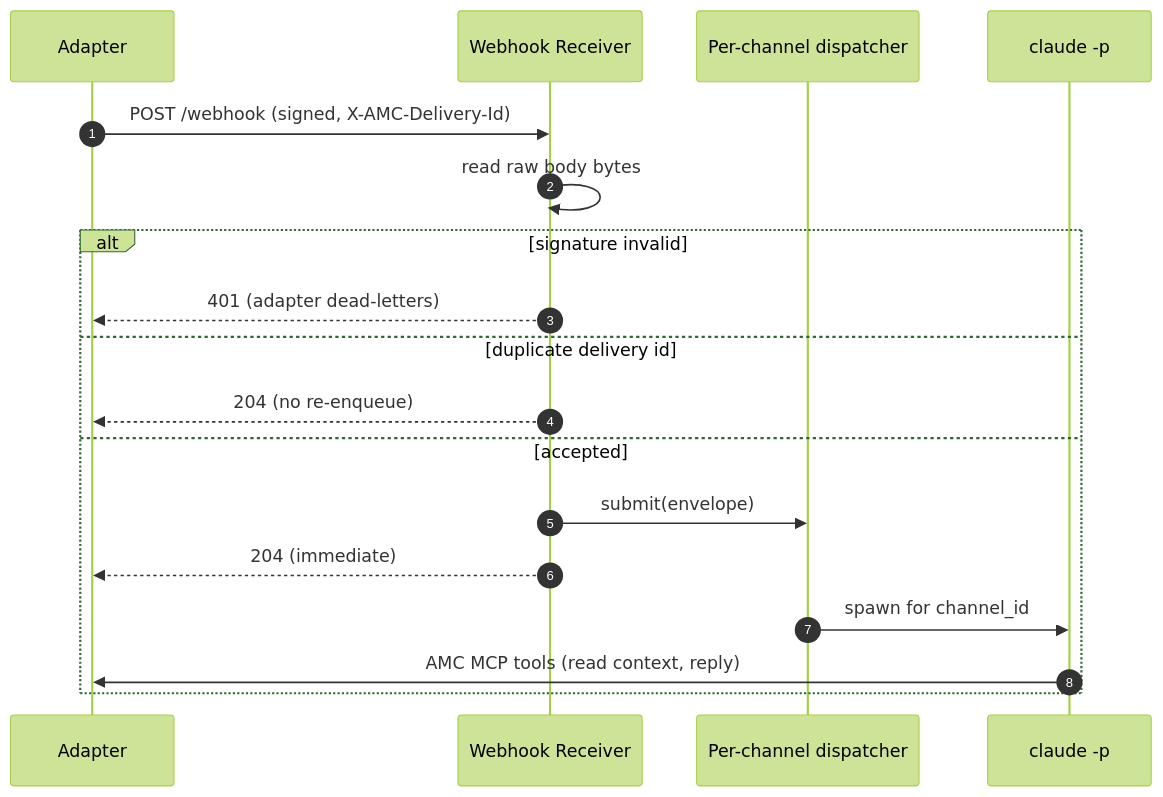
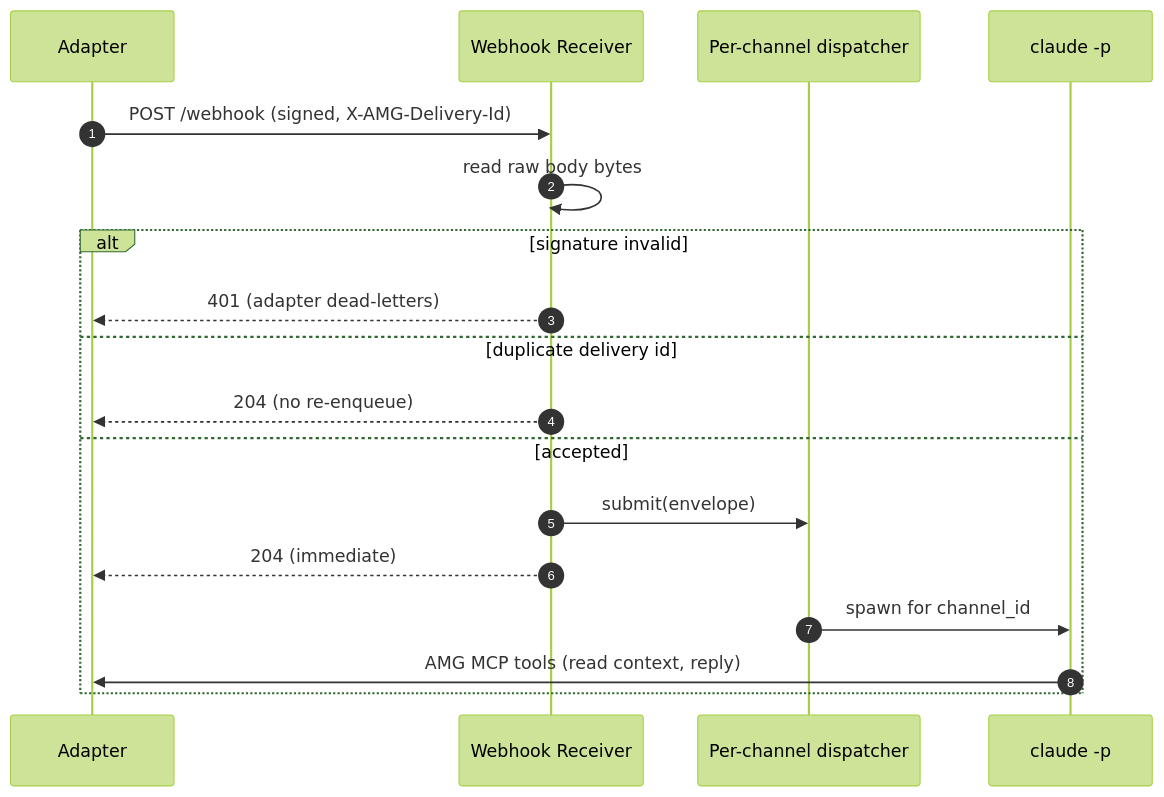
Before and after one commit to sequenzia/amc: the diagram in docs/operations/webhook-receiver.md, drawn with Mermaid (forest theme). The commit also changed other lines of this file and 276 other files, not shown here.

First line of the commit message:
refactor!: rename Agent Messaging Channel (AMC) to Agent Messaging Gateway (AMG) (#2)

````diff
--- a/docs/operations/webhook-receiver.md
+++ b/docs/operations/webhook-receiver.md
@@ -69,21 +69,21 @@
 ```mermaid
 sequenceDiagram
     autonumber
     participant Adapter
     participant Receiver as Webhook Receiver
     participant Dispatcher as Per-channel dispatcher
     participant Claude as claude -p
 
-    Adapter->>Receiver: POST /webhook (signed, X-AMC-Delivery-Id)
+    Adapter->>Receiver: POST /webhook (signed, X-AMG-Delivery-Id)
     Receiver->>Receiver: read raw body bytes
     alt signature invalid
         Receiver-->>Adapter: 401 (adapter dead-letters)
     else duplicate delivery id
         Receiver-->>Adapter: 204 (no re-enqueue)
     else accepted
         Receiver->>Dispatcher: submit(envelope)
         Receiver-->>Adapter: 204 (immediate)
         Dispatcher->>Claude: spawn for channel_id
-        Claude->>Adapter: AMC MCP tools (read context, reply)
+        Claude->>Adapter: AMG MCP tools (read context, reply)
     end
 ```
````
